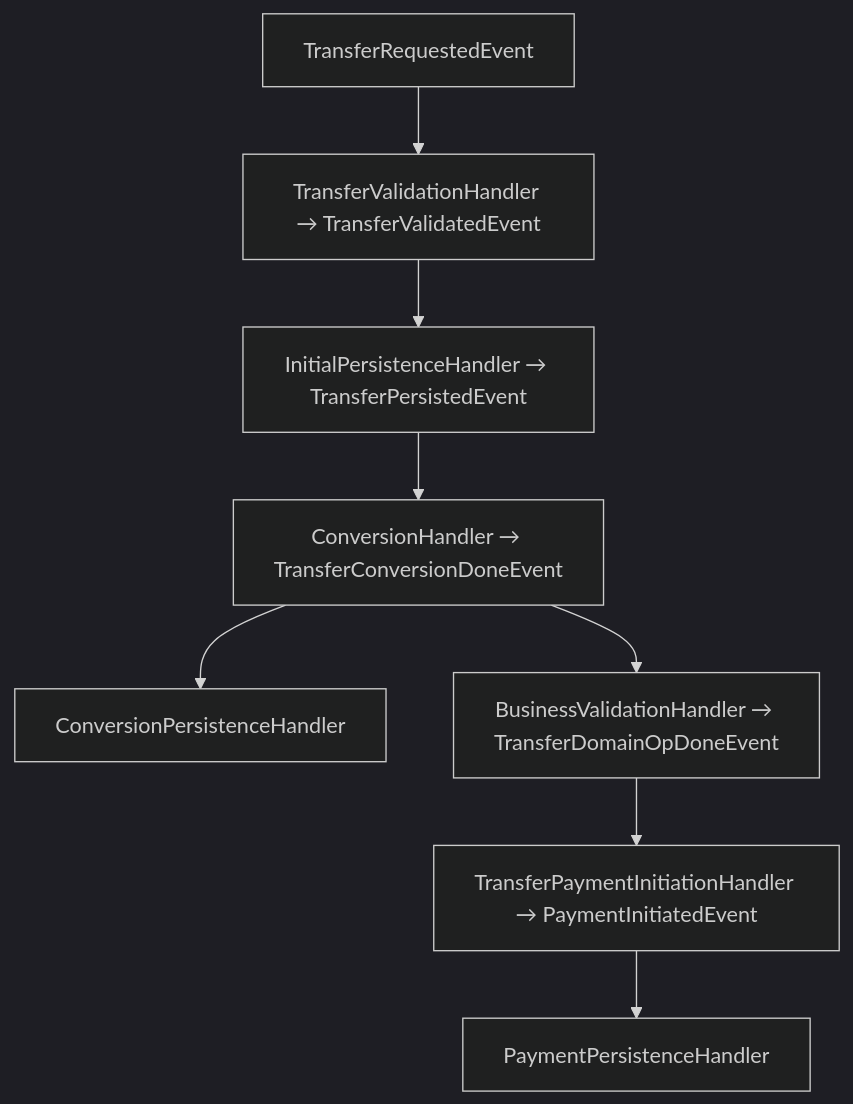
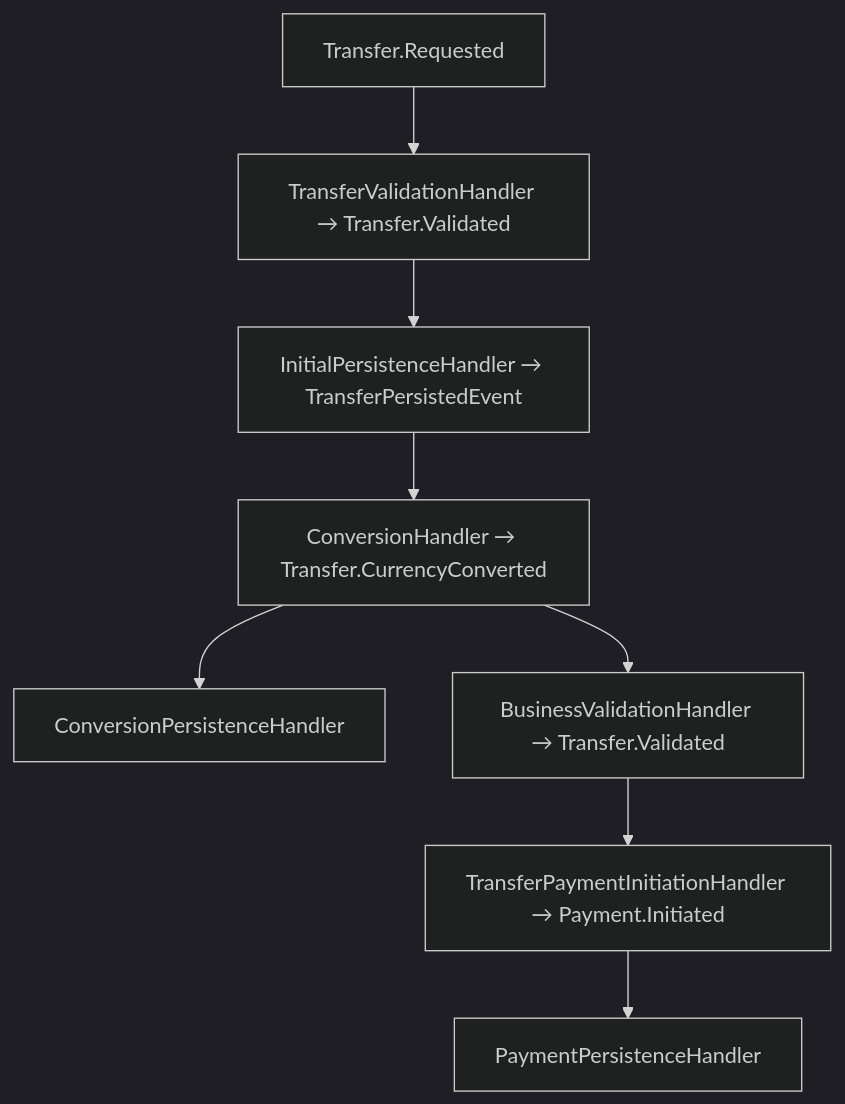
One commit to amirasaad/fintech changed the third of 3 diagrams in docs/refactoring/deposit_event_flow_refactor.md. Above: the diagram before and after it, drawn with Mermaid (dark theme). The commit also changed other lines of this file and 11 other files, not shown here.

````diff
--- a/docs/refactoring/deposit_event_flow_refactor.md
+++ b/docs/refactoring/deposit_event_flow_refactor.md
@@ -82,10 +83,10 @@
 ```mermaid
 flowchart TD
-    A[TransferRequestedEvent] --> B[TransferValidationHandler → TransferValidatedEvent]
+    A[Transfer.Requested] --> B[TransferValidationHandler → Transfer.Validated]
     B --> C[InitialPersistenceHandler → TransferPersistedEvent]
-    C --> D[ConversionHandler → TransferConversionDoneEvent]
+    C --> D[ConversionHandler → Transfer.CurrencyConverted]
     D --> E[ConversionPersistenceHandler]
-    D --> F[BusinessValidationHandler → TransferDomainOpDoneEvent]
-    F --> G[TransferPaymentInitiationHandler → PaymentInitiatedEvent]
+    D --> F[BusinessValidationHandler → Transfer.Validated]
+    F --> G[TransferPaymentInitiationHandler → Payment.Initiated]
     G --> H[PaymentPersistenceHandler]
 ```
````
